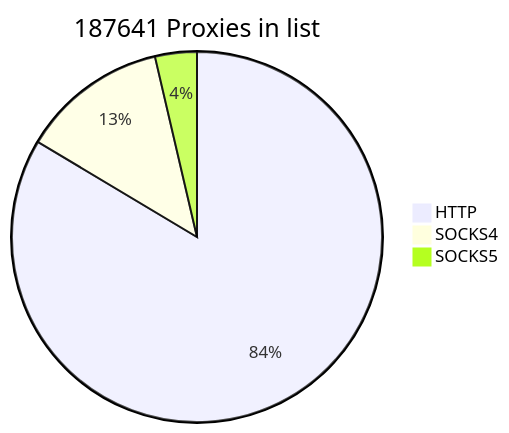
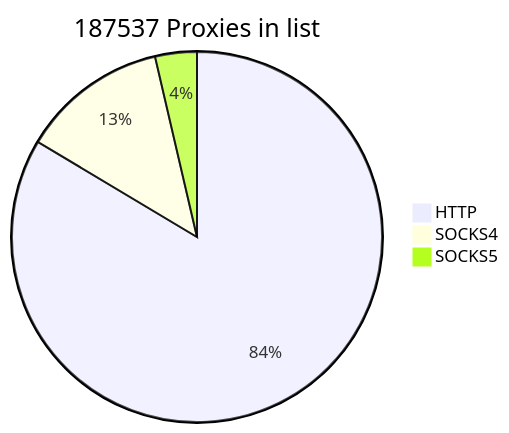
Before and after one commit to cutipu/proxylist: the first of 2 diagrams in README.md, drawn with Mermaid. The commit also changed other lines of this file, not shown here.

````diff
--- a/README.md
+++ b/README.md
@@ -2,7 +2,7 @@
 ```mermaid
-pie title 187641 Proxies in list
-    "HTTP" : 156823
-    "SOCKS4" : 23976
-    "SOCKS5" : 6842
+pie title 187537 Proxies in list
+    "HTTP" : 156736
+    "SOCKS4" : 23974
+    "SOCKS5" : 6827
             
 ```
````
